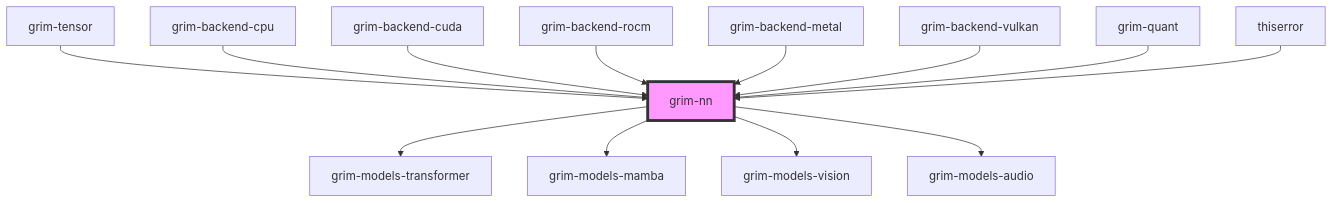
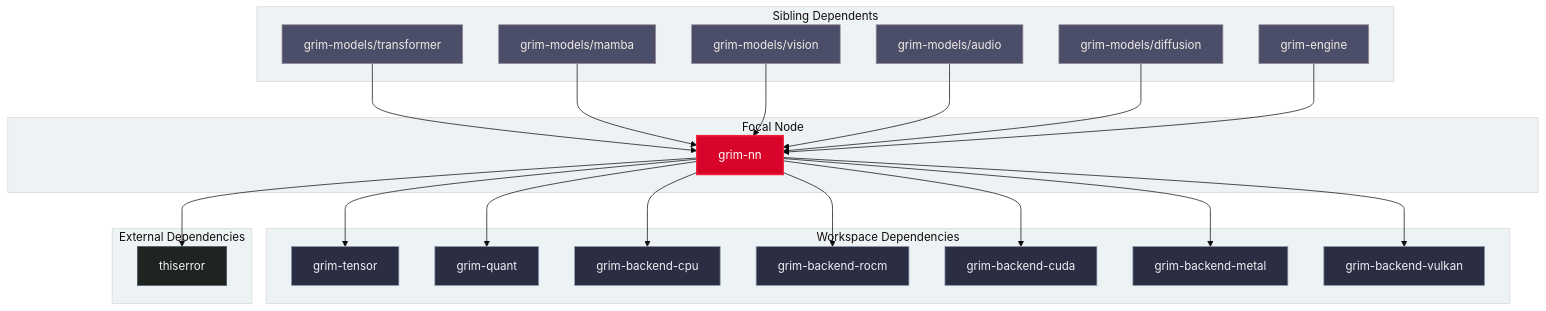
The diagram in crates/grim-nn/README.md (sydonayrex/grim), drawn with Mermaid before and after one commit. The commit also changed other lines of this file and 17 other files, not shown here.

````diff
--- a/crates/grim-nn/README.md
+++ b/crates/grim-nn/README.md
@@ -13,21 +16,56 @@
 ```mermaid
-graph TD
-    A[grim-tensor] --> NN[grim-nn]
-    B[grim-backend-cpu] --> NN
-    C[grim-backend-cuda] --> NN
-    D[grim-backend-rocm] --> NN
-    E[grim-backend-metal] --> NN
-    F[grim-backend-vulkan] --> NN
-    G[grim-quant] --> NN
-    H[thiserror] --> NN
-    
-    NN --> T[grim-models-transformer]
-    NN --> M[grim-models-mamba]
-    NN --> V[grim-models-vision]
-    NN --> AU[grim-models-audio]
-    
-    classDef focus fill:#f9f,stroke:#333,stroke-width:4px;
-    class NN focus;
-    %% styling to force width > 480px
-    style NN padding:20px
+%%{init: {'theme': 'base', 'themeVariables': { 'primaryColor': '#2b2d42', 'edgeLabelBackground':'#ffffff', 'tertiaryColor': '#edf2f4'}}}%%
+flowchart TD
+    subgraph Sibling Dependents
+        grim_models_transformer["grim-models/transformer"]
+        grim_models_mamba["grim-models/mamba"]
+        grim_models_vision["grim-models/vision"]
+        grim_models_audio["grim-models/audio"]
+        grim_models_diffusion["grim-models/diffusion"]
+        grim_engine["grim-engine"]
+    end
+
+    subgraph Focal Node
+        grim_nn["grim-nn"]
+    end
+
+    subgraph Workspace Dependencies
+        grim_tensor["grim-tensor"]
+        grim_quant["grim-quant"]
+        grim_backend_cpu["grim-backend-cpu"]
+        grim_backend_rocm["grim-backend-rocm"]
+        grim_backend_cuda["grim-backend-cuda"]
+        grim_backend_metal["grim-backend-metal"]
+        grim_backend_vulkan["grim-backend-vulkan"]
+    end
+
+    subgraph External Dependencies
+        thiserror["thiserror"]
+    end
+
+    grim_models_transformer --> grim_nn
+    grim_models_mamba --> grim_nn
+    grim_models_vision --> grim_nn
+    grim_models_audio --> grim_nn
+    grim_models_diffusion --> grim_nn
+    grim_engine --> grim_nn
+
+    grim_nn --> grim_tensor
+    grim_nn --> grim_quant
+    grim_nn --> grim_backend_cpu
+    grim_nn --> grim_backend_rocm
+    grim_nn --> grim_backend_cuda
+    grim_nn --> grim_backend_metal
+    grim_nn --> grim_backend_vulkan
+    grim_nn --> thiserror
+
+    classDef focal fill:#d90429,stroke:#ef233c,stroke-width:2px,color:#ffffff;
+    classDef workspace fill:#2b2d42,stroke:#8d99ae,stroke-width:1px,color:#edf2f4;
+    classDef sibling fill:#4a4e69,stroke:#9a8c98,stroke-width:1px,color:#f2e9e4;
+    classDef external fill:#1f2421,stroke:#495867,stroke-width:1px,color:#f0f3f4;
+
+    class grim_nn focal;
+    class grim_tensor,grim_quant,grim_backend_cpu,grim_backend_rocm,grim_backend_cuda,grim_backend_metal,grim_backend_vulkan workspace;
+    class grim_models_transformer,grim_models_mamba,grim_models_vision,grim_models_audio,grim_models_diffusion,grim_engine sibling;
+    class thiserror external;
 ```
````
